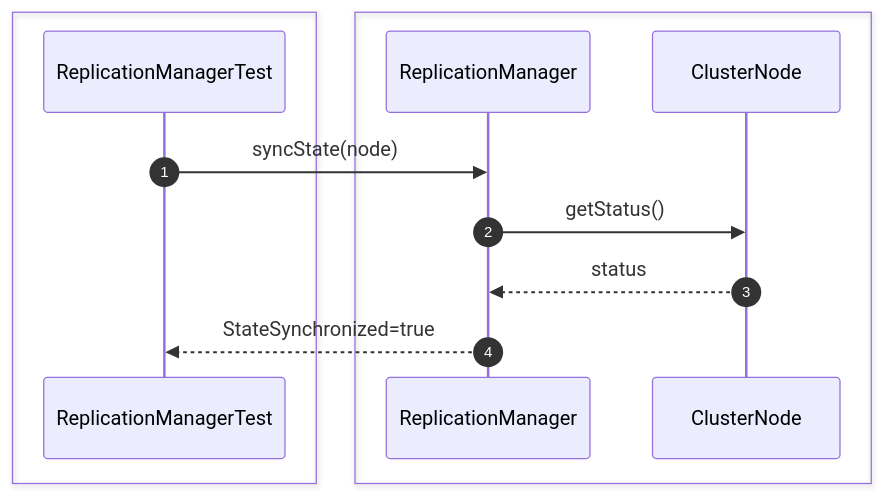
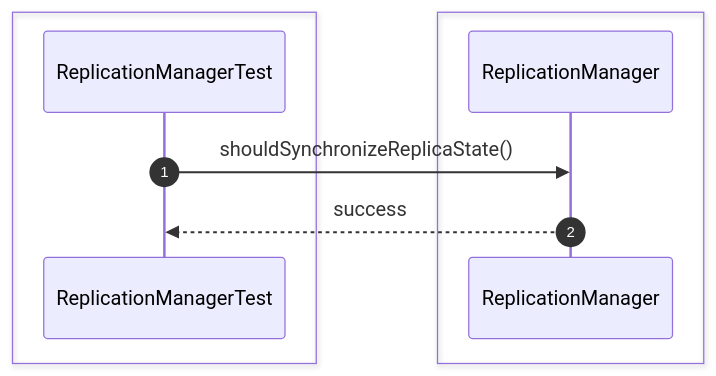
The seventh of 26 diagrams in src/sequence/replication.md (Huy1801214/dbms-architecture), drawn with Mermaid before and after one commit. The commit also changed other lines of this file and 68 other files, not shown here.

Commit message:
implement comprehensive unit test suite and architectural sequence documentation

````diff
--- a/src/sequence/replication.md
+++ b/src/sequence/replication.md
@@ -126,17 +96,13 @@
 ```mermaid
 sequenceDiagram
     autonumber
-
     box #e1f5fe Test Suite
     participant Test as ReplicationManagerTest
     end
-    box #ffebee Replication Components
-    participant Manager as ReplicationManager
-    participant Node as ClusterNode
+    box #e3f2fd ReplicationManager Component
+    participant RM as ReplicationManager
     end
 
-    Test->>Manager: syncState(node)
-    Manager->>Node: getStatus()
-    Node-->>Manager: status
-    Manager-->>Test: StateSynchronized=true
+    Test->>RM: shouldSynchronizeReplicaState()
+    RM-->>Test: success
 ```
````
